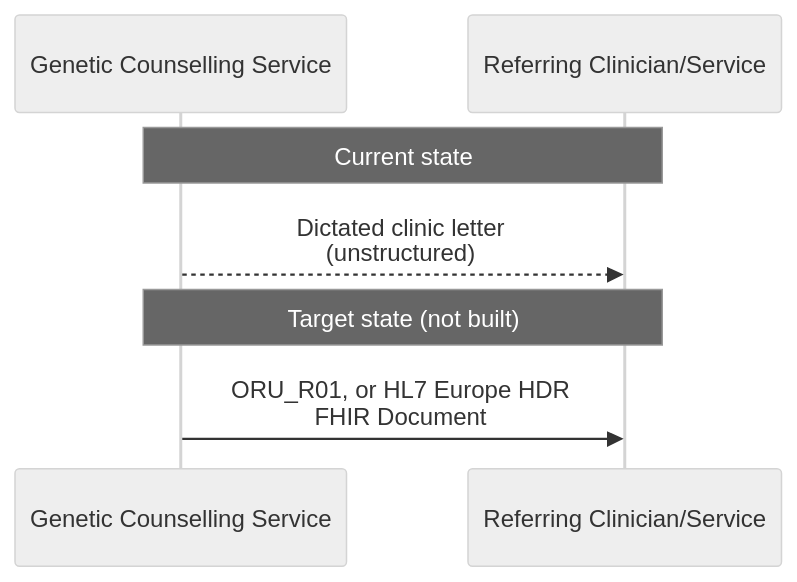
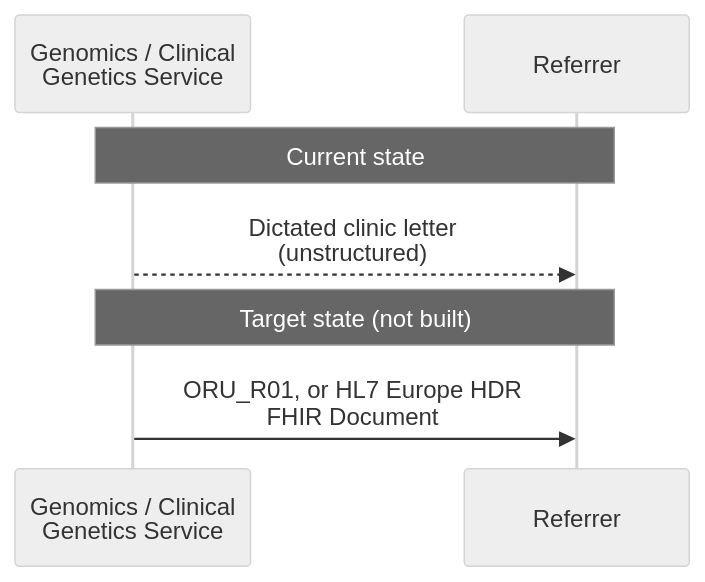
Before and after one commit to nw-gmsa/nw-gmsa.github.com: the third of 3 diagrams in input/pagecontent/GeneticCounsellingReferral.md, drawn with Mermaid (neutral theme). The commit also changed other lines of this file, not shown here.

First line of the commit message:
Generalise Genetic Counselling Referral to cover eRS/regional genetics referrals

````diff
--- a/input/pagecontent/GeneticCounsellingReferral.md
+++ b/input/pagecontent/GeneticCounsellingReferral.md
@@ -120,11 +163,11 @@
 ```mermaid
 sequenceDiagram
-    participant GC as Genetic Counselling Service
-    participant Ref as Referring Clinician/Service
+    participant GC as Genomics / Clinical<br/>Genetics Service
+    participant Ref as Referrer
 
     Note over GC,Ref: Current state
     GC -->> Ref: Dictated clinic letter<br/>(unstructured)
 
     Note over GC,Ref: Target state (not built)
     GC ->> Ref: ORU_R01, or HL7 Europe HDR<br/>FHIR Document
 ```
````
